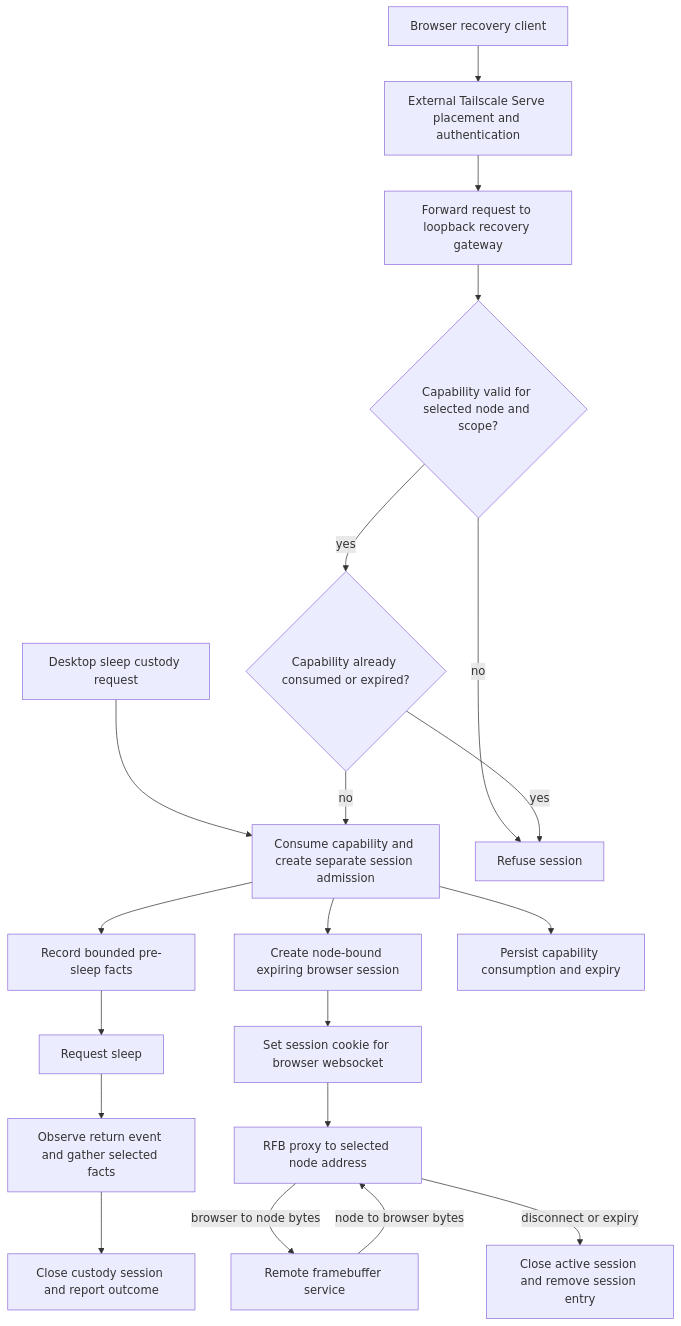
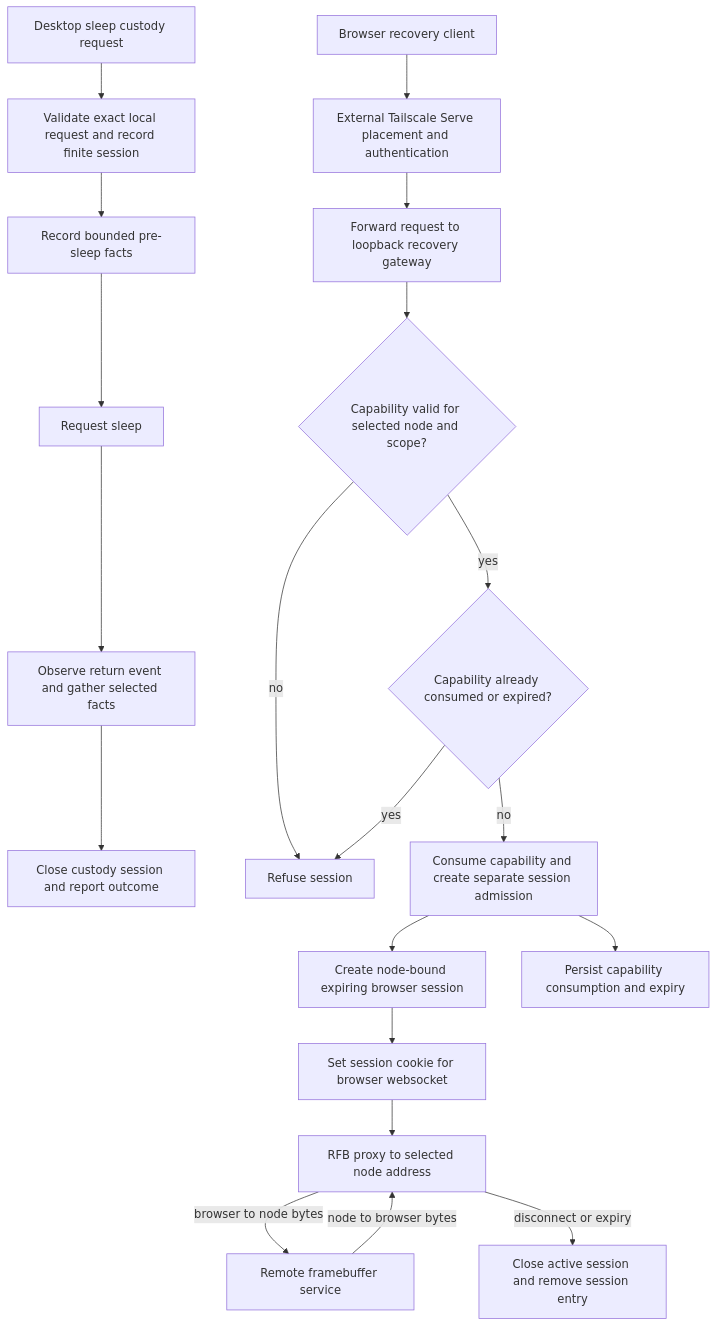
Before and after one commit to SirsiMaster/sirsi-pantheon: diagram 30 of 45 in docs/stacklab/pantheon-pt/canon/DIAGRAMS_PRODUCT_OPERATIONS.md, drawn with Mermaid. The commit also changed other lines of this file, not shown here.

Commit message:
docs(stacklab): preserve exact subflow mutations and concurrent recovery boundaries

````diff
--- a/docs/stacklab/pantheon-pt/canon/DIAGRAMS_PRODUCT_OPERATIONS.md
+++ b/docs/stacklab/pantheon-pt/canon/DIAGRAMS_PRODUCT_OPERATIONS.md
@@ -853,22 +894,22 @@
 ```mermaid
 flowchart TD
-  CALL[Desktop sleep custody request] --> ADMIT[Validate exact local request and record finite session]
-  ADMIT --> PRE[Record bounded pre-sleep facts]
+  CALL[Desktop sleep custody request] --> SLEEP_ADMIT[Validate exact local request and record finite session]
+  SLEEP_ADMIT --> PRE[Record bounded pre-sleep facts]
   PRE --> SLEEP[Request sleep]
   SLEEP --> WAKE[Observe return event and gather selected facts]
   WAKE --> CLOSE[Close custody session and report outcome]
   CLIENT[Browser recovery client] --> EDGE[External Tailscale Serve placement and authentication]
   EDGE --> LOOP[Forward request to loopback recovery gateway]
   LOOP --> CAP{Capability valid for selected node and scope?}
   CAP -->|no| REFUSE[Refuse session]
   CAP -->|yes| REPLAY{Capability already consumed or expired?}
   REPLAY -->|yes| REFUSE
-  REPLAY -->|no| ADMIT[Consume capability and create separate session admission]
-  ADMIT --> SESSION[Create node-bound expiring browser session]
+  REPLAY -->|no| RECOVERY_ADMIT[Consume capability and create separate session admission]
+  RECOVERY_ADMIT --> SESSION[Create node-bound expiring browser session]
   SESSION --> COOKIE[Set session cookie for browser websocket]
   COOKIE --> RFB[RFB proxy to selected node address]
   RFB -->|browser to node bytes| NODE[Remote framebuffer service]
   NODE -->|node to browser bytes| RFB
   RFB -->|disconnect or expiry| END[Close active session and remove session entry]
-  ADMIT --> SAVE[Persist capability consumption and expiry]
+  RECOVERY_ADMIT --> SAVE[Persist capability consumption and expiry]
 ```
````
